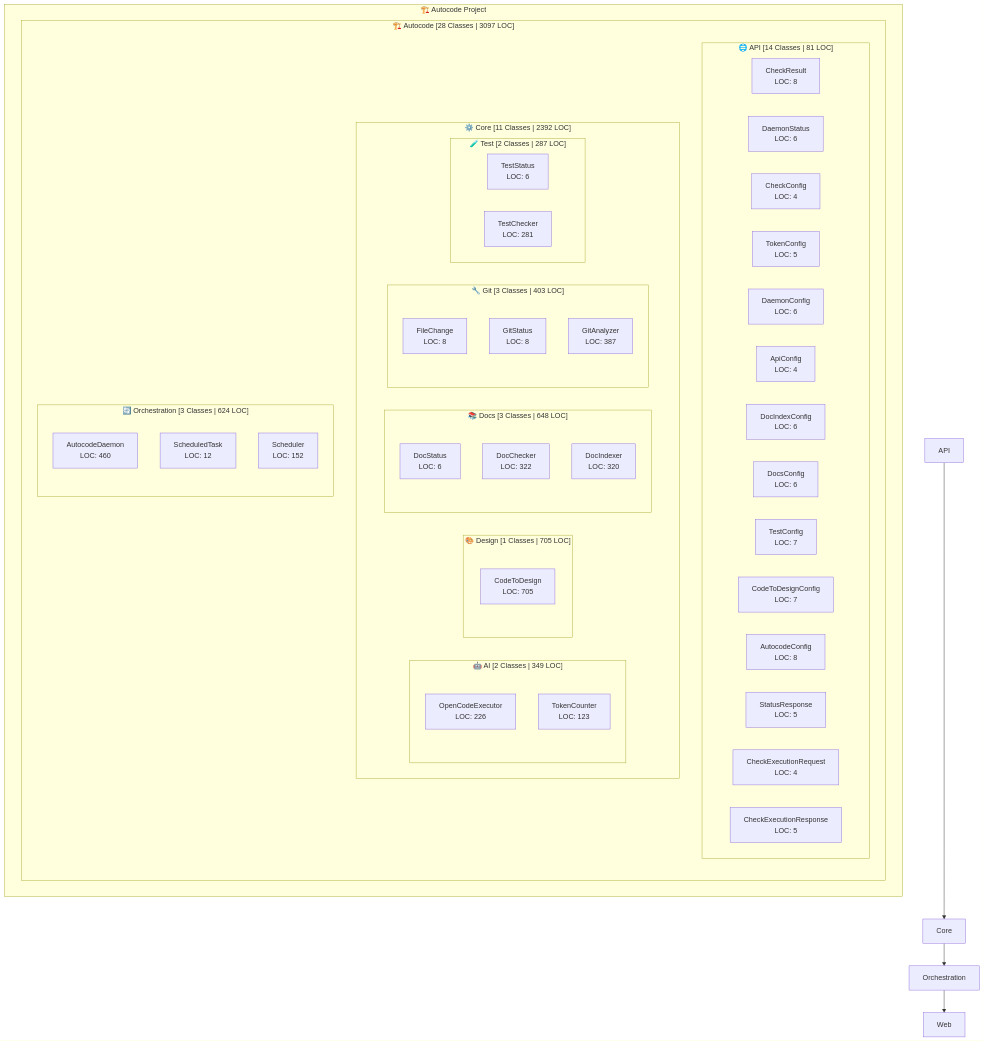
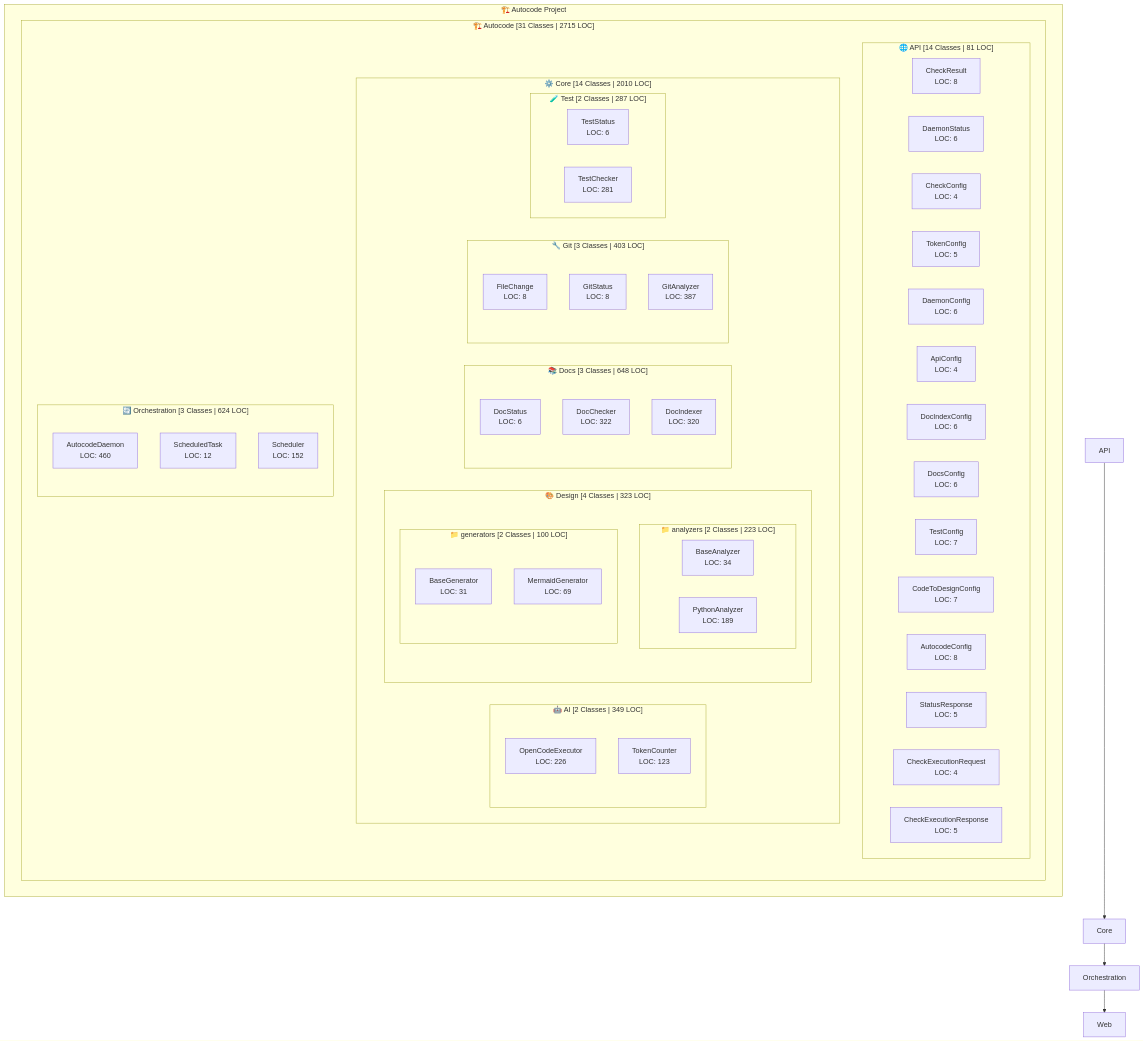
The diagram in design/_index.md (Brunvelop/autocode), drawn with Mermaid before and after one commit. The commit also changed other lines of this file and 19 other files, not shown here.

````diff
--- a/design/_index.md
+++ b/design/_index.md
@@ -5,7 +5,7 @@
 ```mermaid
 graph TD
     subgraph "🏗️ Autocode Project"
-        subgraph "🏗️ Autocode [28 Classes | 3097 LOC]"
+        subgraph "🏗️ Autocode [31 Classes | 2715 LOC]"
             subgraph "🌐 API [14 Classes | 81 LOC]"
                 C0["CheckResult<br/>LOC: 8"]
                 C1["DaemonStatus<br/>LOC: 6"]
@@ -22,33 +22,40 @@
                 C12["CheckExecutionRequest<br/>LOC: 4"]
                 C13["CheckExecutionResponse<br/>LOC: 5"]
             end
-            subgraph "⚙️ Core [11 Classes | 2392 LOC]"
+            subgraph "⚙️ Core [14 Classes | 2010 LOC]"
                 subgraph "🤖 AI [2 Classes | 349 LOC]"
                     C14["OpenCodeExecutor<br/>LOC: 226"]
                     C15["TokenCounter<br/>LOC: 123"]
                 end
-                subgraph "🎨 Design [1 Classes | 705 LOC]"
-                    C16["CodeToDesign<br/>LOC: 705"]
+                subgraph "🎨 Design [4 Classes | 323 LOC]"
+                    subgraph "📁 analyzers [2 Classes | 223 LOC]"
+                        C16["BaseAnalyzer<br/>LOC: 34"]
+                        C17["PythonAnalyzer<br/>LOC: 189"]
+                    end
+                    subgraph "📁 generators [2 Classes | 100 LOC]"
+                        C18["BaseGenerator<br/>LOC: 31"]
+                        C19["MermaidGenerator<br/>LOC: 69"]
+                    end
                 end
                 subgraph "📚 Docs [3 Classes | 648 LOC]"
-                    C17["DocStatus<br/>LOC: 6"]
-                    C18["DocChecker<br/>LOC: 322"]
-                    C19["DocIndexer<br/>LOC: 320"]
+                    C20["DocStatus<br/>LOC: 6"]
+                    C21["DocChecker<br/>LOC: 322"]
+                    C22["DocIndexer<br/>LOC: 320"]
                 end
                 subgraph "🔧 Git [3 Classes | 403 LOC]"
-                    C20["FileChange<br/>LOC: 8"]
-                    C21["GitStatus<br/>LOC: 8"]
-                    C22["GitAnalyzer<br/>LOC: 387"]
+                    C23["FileChange<br/>LOC: 8"]
+                    C24["GitStatus<br/>LOC: 8"]
+                    C25["GitAnalyzer<br/>LOC: 387"]
                 end
                 subgraph "🧪 Test [2 Classes | 287 LOC]"
-                    C23["TestStatus<br/>LOC: 6"]
-                    C24["TestChecker<br/>LOC: 281"]
+                    C26["TestStatus<br/>LOC: 6"]
+                    C27["TestChecker<br/>LOC: 281"]
                 end
             end
             subgraph "🔄 Orchestration [3 Classes | 624 LOC]"
-                C25["AutocodeDaemon<br/>LOC: 460"]
-                C26["ScheduledTask<br/>LOC: 12"]
-                C27["Scheduler<br/>LOC: 152"]
+                C28["AutocodeDaemon<br/>LOC: 460"]
+                C29["ScheduledTask<br/>LOC: 12"]
+                C30["Scheduler<br/>LOC: 152"]
             end
         end
     end
@@ -59,33 +66,36 @@
     Orchestration --> Web
 
     %% Interactive links to class documentation
-    click C0 "./autocode/api/models_class.md#checkresult" "CheckResult - LOC: 8 | Methods: 0"
-    click C1 "./autocode/api/models_class.md#daemonstatus" "DaemonStatus - LOC: 6 | Methods: 0"
-    click C2 "./autocode/api/models_class.md#checkconfig" "CheckConfig - LOC: 4 | Methods: 0"
-    click C3 "./autocode/api/models_class.md#tokenconfig" "TokenConfig - LOC: 5 | Methods: 0"
-    click C4 "./autocode/api/models_class.md#daemonconfig" "DaemonConfig - LOC: 6 | Methods: 0"
-    click C5 "./autocode/api/models_class.md#apiconfig" "ApiConfig - LOC: 4 | Methods: 0"
-    click C6 "./autocode/api/models_class.md#docindexconfig" "DocIndexConfig - LOC: 6 | Methods: 0"
-    click C7 "./autocode/api/models_class.md#docsconfig" "DocsConfig - LOC: 6 | Methods: 0"
-    click C8 "./autocode/api/models_class.md#testconfig" "TestConfig - LOC: 7 | Methods: 0"
-    click C9 "./autocode/api/models_class.md#codetodesignconfig" "CodeToDesignConfig - LOC: 7 | Methods: 0"
-    click C10 "./autocode/api/models_class.md#autocodeconfig" "AutocodeConfig - LOC: 8 | Methods: 0"
-    click C11 "./autocode/api/models_class.md#statusresponse" "StatusResponse - LOC: 5 | Methods: 0"
-    click C12 "./autocode/api/models_class.md#checkexecutionrequest" "CheckExecutionRequest - LOC: 4 | Methods: 0"
-    click C13 "./autocode/api/models_class.md#checkexecutionresponse" "CheckExecutionResponse - LOC: 5 | Methods: 0"
-    click C14 "./autocode/core/ai/opencode_executor_class.md#opencodeexecutor" "OpenCodeExecutor - LOC: 226 | Methods: 12"
-    click C15 "./autocode/core/ai/token_counter_class.md#tokencounter" "TokenCounter - LOC: 123 | Methods: 6"
-    click C16 "./autocode/core/design/code_to_design_class.md#codetodesign" "CodeToDesign - LOC: 705 | Methods: 16"
-    click C17 "./autocode/core/docs/doc_checker_class.md#docstatus" "DocStatus - LOC: 6 | Methods: 0"
-    click C18 "./autocode/core/docs/doc_checker_class.md#docchecker" "DocChecker - LOC: 322 | Methods: 20"
-    click C19 "./autocode/core/docs/doc_indexer_class.md#docindexer" "DocIndexer - LOC: 320 | Methods: 10"
-    click C20 "./autocode/core/git/git_analyzer_class.md#filechange" "FileChange - LOC: 8 | Methods: 0"
-    click C21 "./autocode/core/git/git_analyzer_class.md#gitstatus" "GitStatus - LOC: 8 | Methods: 0"
-    click C22 "./autocode/core/git/git_analyzer_class.md#gitanalyzer" "GitAnalyzer - LOC: 387 | Methods: 11"
-    click C23 "./autocode/core/test/test_checker_class.md#teststatus" "TestStatus - LOC: 6 | Methods: 0"
-    click C24 "./autocode/core/test/test_checker_class.md#testchecker" "TestChecker - LOC: 281 | Methods: 15"
-    click C25 "./autocode/orchestration/daemon_class.md#autocodedaemon" "AutocodeDaemon - LOC: 460 | Methods: 11"
-    click C26 "./autocode/orchestration/scheduler_class.md#scheduledtask" "ScheduledTask - LOC: 12 | Methods: 1"
-    click C27 "./autocode/orchestration/scheduler_class.md#scheduler" "Scheduler - LOC: 152 | Methods: 10"
+    click C0 "/design/autocode/api/models_class.md#checkresult" "CheckResult - LOC: 8 | Methods: 0"
+    click C1 "/design/autocode/api/models_class.md#daemonstatus" "DaemonStatus - LOC: 6 | Methods: 0"
+    click C2 "/design/autocode/api/models_class.md#checkconfig" "CheckConfig - LOC: 4 | Methods: 0"
+    click C3 "/design/autocode/api/models_class.md#tokenconfig" "TokenConfig - LOC: 5 | Methods: 0"
+    click C4 "/design/autocode/api/models_class.md#daemonconfig" "DaemonConfig - LOC: 6 | Methods: 0"
+    click C5 "/design/autocode/api/models_class.md#apiconfig" "ApiConfig - LOC: 4 | Methods: 0"
+    click C6 "/design/autocode/api/models_class.md#docindexconfig" "DocIndexConfig - LOC: 6 | Methods: 0"
+    click C7 "/design/autocode/api/models_class.md#docsconfig" "DocsConfig - LOC: 6 | Methods: 0"
+    click C8 "/design/autocode/api/models_class.md#testconfig" "TestConfig - LOC: 7 | Methods: 0"
+    click C9 "/design/autocode/api/models_class.md#codetodesignconfig" "CodeToDesignConfig - LOC: 7 | Methods: 0"
+    click C10 "/design/autocode/api/models_class.md#autocodeconfig" "AutocodeConfig - LOC: 8 | Methods: 0"
+    click C11 "/design/autocode/api/models_class.md#statusresponse" "StatusResponse - LOC: 5 | Methods: 0"
+    click C12 "/design/autocode/api/models_class.md#checkexecutionrequest" "CheckExecutionRequest - LOC: 4 | Methods: 0"
+    click C13 "/design/autocode/api/models_class.md#checkexecutionresponse" "CheckExecutionResponse - LOC: 5 | Methods: 0"
+    click C14 "/design/autocode/core/ai/opencode_executor_class.md#opencodeexecutor" "OpenCodeExecutor - LOC: 226 | Methods: 12"
+    click C15 "/design/autocode/core/ai/token_counter_class.md#tokencounter" "TokenCounter - LOC: 123 | Methods: 6"
+    click C16 "/design/autocode/core/design/analyzers/base_analyzer_class.md#baseanalyzer" "BaseAnalyzer - LOC: 34 | Methods: 3"
+    click C17 "/design/autocode/core/design/analyzers/python_analyzer_class.md#pythonanalyzer" "PythonAnalyzer - LOC: 189 | Methods: 5"
+    click C18 "/design/autocode/core/design/generators/base_generator_class.md#basegenerator" "BaseGenerator - LOC: 31 | Methods: 3"
+    click C19 "/design/autocode/core/design/generators/mermaid_generator_class.md#mermaidgenerator" "MermaidGenerator - LOC: 69 | Methods: 2"
+    click C20 "/design/autocode/core/docs/doc_checker_class.md#docstatus" "DocStatus - LOC: 6 | Methods: 0"
+    click C21 "/design/autocode/core/docs/doc_checker_class.md#docchecker" "DocChecker - LOC: 322 | Methods: 20"
+    click C22 "/design/autocode/core/docs/doc_indexer_class.md#docindexer" "DocIndexer - LOC: 320 | Methods: 10"
+    click C23 "/design/autocode/core/git/git_analyzer_class.md#filechange" "FileChange - LOC: 8 | Methods: 0"
+    click C24 "/design/autocode/core/git/git_analyzer_class.md#gitstatus" "GitStatus - LOC: 8 | Methods: 0"
+    click C25 "/design/autocode/core/git/git_analyzer_class.md#gitanalyzer" "GitAnalyzer - LOC: 387 | Methods: 11"
+    click C26 "/design/autocode/core/test/test_checker_class.md#teststatus" "TestStatus - LOC: 6 | Methods: 0"
+    click C27 "/design/autocode/core/test/test_checker_class.md#testchecker" "TestChecker - LOC: 281 | Methods: 15"
+    click C28 "/design/autocode/orchestration/daemon_class.md#autocodedaemon" "AutocodeDaemon - LOC: 460 | Methods: 11"
+    click C29 "/design/autocode/orchestration/scheduler_class.md#scheduledtask" "ScheduledTask - LOC: 12 | Methods: 1"
+    click C30 "/design/autocode/orchestration/scheduler_class.md#scheduler" "Scheduler - LOC: 152 | Methods: 10"
 
 ```
````
